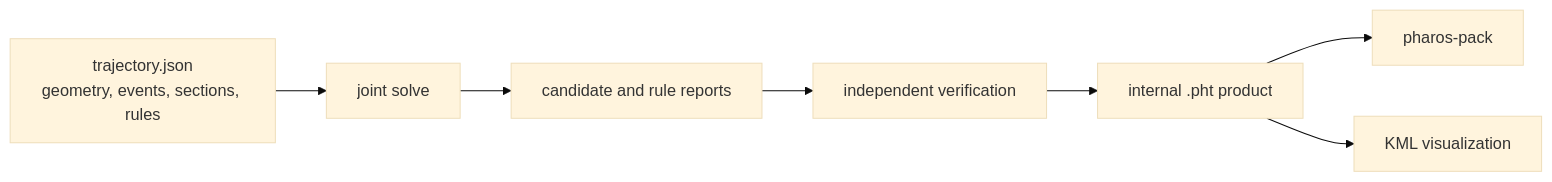
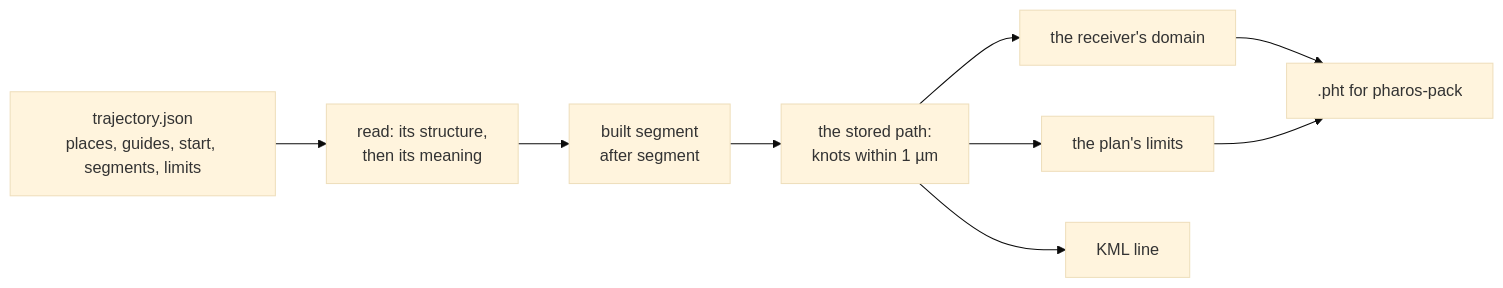
Before and after one commit to EEddeenn/Pharos: the diagram in docs/guide/trajectories.md, drawn with Mermaid (base theme). The commit also changed other lines of this file and 48 other files, not shown here.

First line of the commit message:
Trajectories: the pages, lengths across a reversal, the KML line (T4)

````diff
--- a/docs/guide/trajectories.md
+++ b/docs/guide/trajectories.md
@@ -8,9 +10,11 @@
 ```mermaid
 flowchart LR
-    plan["trajectory.json<br/>geometry, events, sections, rules"] --> solve["joint solve"]
-    solve --> candidate["candidate and rule reports"]
-    candidate --> verify["independent verification"]
-    verify --> pht["internal .pht product"]
-    pht --> pack["pharos-pack"]
-    pht --> kml["KML visualization"]
+    plan["trajectory.json<br/>places, guides, start, segments, limits"] --> read["read: its structure,<br/>then its meaning"]
+    read --> build["built segment<br/>after segment"]
+    build --> knots["the stored path:<br/>knots within 1 µm"]
+    knots --> domain["the receiver's domain"]
+    knots --> limits["the plan's limits"]
+    domain --> pht[".pht for pharos-pack"]
+    limits --> pht
+    knots --> kml["KML line"]
 ```
````
